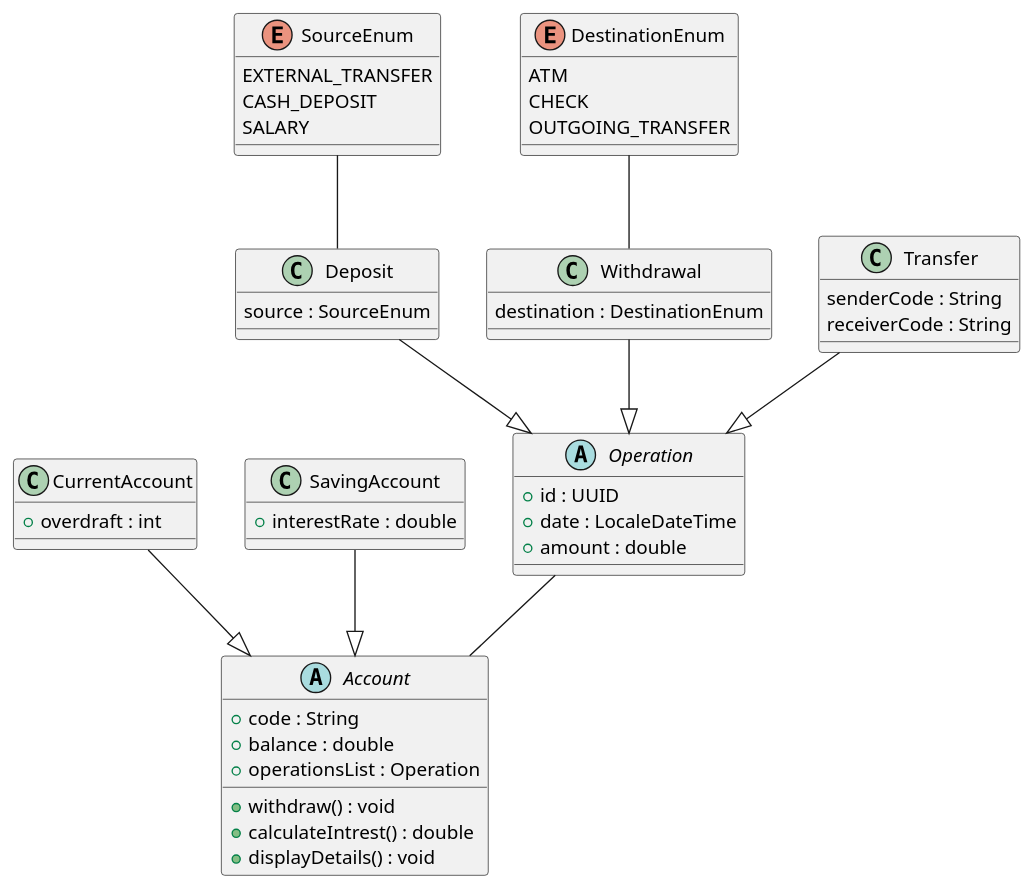
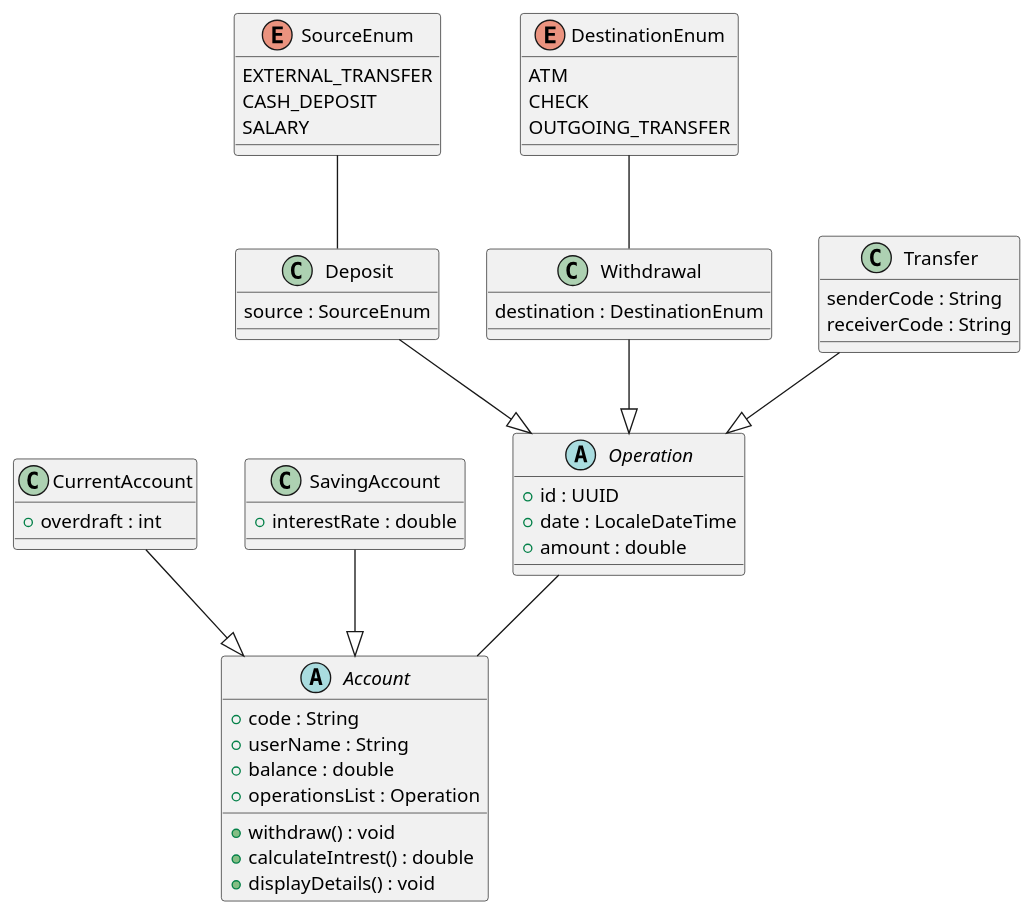
One commit to Badr-Eddine-Slaoui/BankAppWithJava changed the diagram in diagrams/ClassDiagram.puml. Above: the diagram before and after it, drawn with PlantUML. The commit also changed 1 other file, not shown here.

Commit message:
Update Diagrams

```diff
--- a/diagrams/ClassDiagram.puml
+++ b/diagrams/ClassDiagram.puml
@@ -1,63 +1,64 @@
 @startuml
 
 abstract class Account{
     + code : String
+    + userName : String
     + balance : double
     + operationsList : Operation
     + withdraw() : void
     + calculateIntrest() : double
     + displayDetails() : void
 }
 
 class CurrentAccount{
     + overdraft : int
 }
 
 class SavingAccount{
     + interestRate : double
 }
 
 abstract class Operation{
     + id : UUID
     + date : LocaleDateTime
     + amount : double
 }
 
 class Deposit{
     source : SourceEnum
 }
 
 class Withdrawal{
     destination : DestinationEnum
 }
 
 class Transfer{
     senderCode : String
     receiverCode : String
 }
 
 enum SourceEnum{
     EXTERNAL_TRANSFER
     CASH_DEPOSIT
     SALARY
 }
 
 enum DestinationEnum{
     ATM
     CHECK
     OUTGOING_TRANSFER
 }
 
 CurrentAccount --|> Account
 SavingAccount --|> Account
 
 Operation -- Account
 
 Deposit --|> Operation
 Withdrawal --|> Operation
 Transfer --|> Operation
 
 SourceEnum -- Deposit
 DestinationEnum -- Withdrawal
 
 @enduml
```
